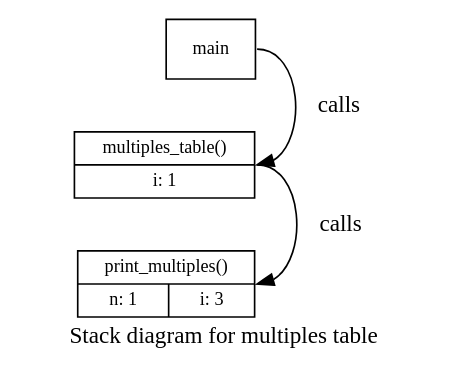
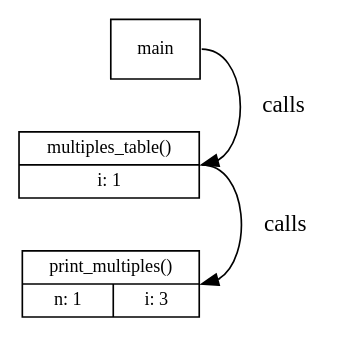
Before and after one commit to DaveParillo/cisc192-reader: the diagram in src/chapter5/local_variables.rst, drawn with Graphviz. The commit also changed other lines of this file and 20 other files, not shown here.

```diff
--- a/src/chapter5/local_variables.rst
+++ b/src/chapter5/local_variables.rst
@@ -27,20 +27,20 @@
 .. digraph:: stack
+   :name: fig_multiples_stack
+   :caption: Stack diagram for multiples table
+   :alt: stack diagram showing local variables in the multiples table call stack
    :align: center
-   :alt: Stack diagram for multiples table
 
    fontname = "Bitstream Vera Sans"
-   label="Stack diagram for multiples table";
-   labelloc=bottom;
    ranksep=0.1
 
    node [
       fontname = "Bitstream Vera Sans"
       fontsize = 11
       shape=record
       fillcolor=lightblue
    ]
 
    b [label="{print_multiples()|{{n: 1}|{i: 3}}}"]
    a [label="{multiples_table()|{i: 1}}"]
    main [label="{main}"]
    main:e -> a:e -> b:e [label="   calls"]
```
